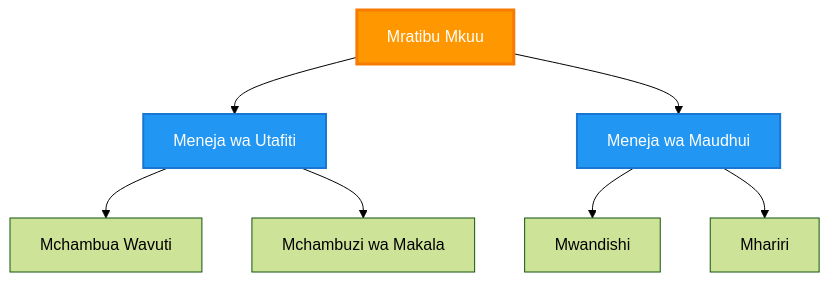
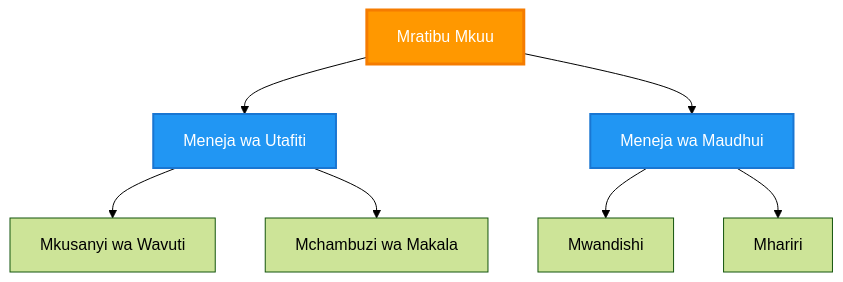
Before and after one commit to microsoft/AZD-for-beginners: the third of 6 diagrams in translations/sw/docs/chapter-06-pre-deployment/coordination-patterns.md, drawn with Mermaid (forest theme). The commit also changed other lines of this file and 101 other files, not shown here.

````diff
--- a/translations/sw/docs/chapter-06-pre-deployment/coordination-patterns.md
+++ b/translations/sw/docs/chapter-06-pre-deployment/coordination-patterns.md
@@ -149,21 +143,21 @@
 ```mermaid
 graph TB
     Master[Mratibu Mkuu]
     Manager1[Meneja wa Utafiti]
     Manager2[Meneja wa Maudhui]
-    W1[Mchambua Wavuti]
+    W1[Mkusanyi wa Wavuti]
     W2[Mchambuzi wa Makala]
     W3[Mwandishi]
     W4[Mhariri]
     
     Master --> Manager1
     Master --> Manager2
     Manager1 --> W1
     Manager1 --> W2
     Manager2 --> W3
     Manager2 --> W4
     
     style Master fill:#FF9800,stroke:#F57C00,stroke-width:3px,color:#fff
     style Manager1 fill:#2196F3,stroke:#1976D2,stroke-width:2px,color:#fff
     style Manager2 fill:#2196F3,stroke:#1976D2,stroke-width:2px,color:#fff
 ```
````
